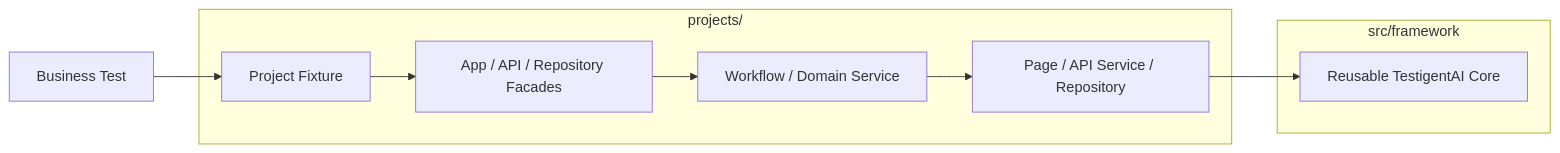
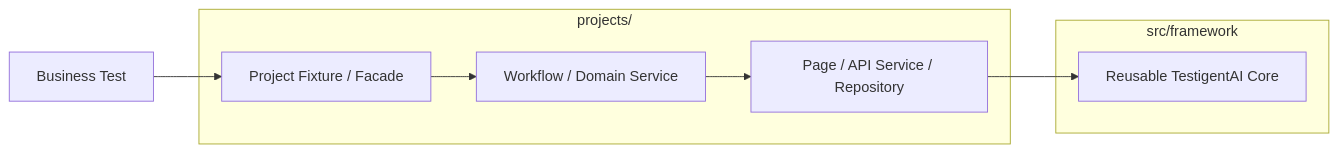
One commit to raushan-raj-ai-engineer/testigent-ai changed the first of 3 diagrams in README.md. Above: the diagram before and after it, drawn with Mermaid. The commit also changed other lines of this file and 5 other files, not shown here.

````diff
--- a/README.md
+++ b/README.md
@@ -100,19 +123,17 @@
 ```mermaid
 flowchart LR
-    T[Business Test] --> F[Project Fixture]
-    F --> A[App / API / Repository Facades]
-    A --> W[Workflow / Domain Service]
-    W --> P[Page / API Service / Repository]
-    P --> C[Reusable TestigentAI Core]
+    T[Business Test] --> F[Project Fixture / Facade]
+    F --> W[Workflow / Domain Service]
+    W --> L[Page / API Service / Repository]
+    L --> C[Reusable TestigentAI Core]
 
     subgraph Product[projects/<project>]
       F
-      A
       W
-      P
+      L
     end
 
     subgraph Framework[src/framework]
       C
     end
 ```
````
